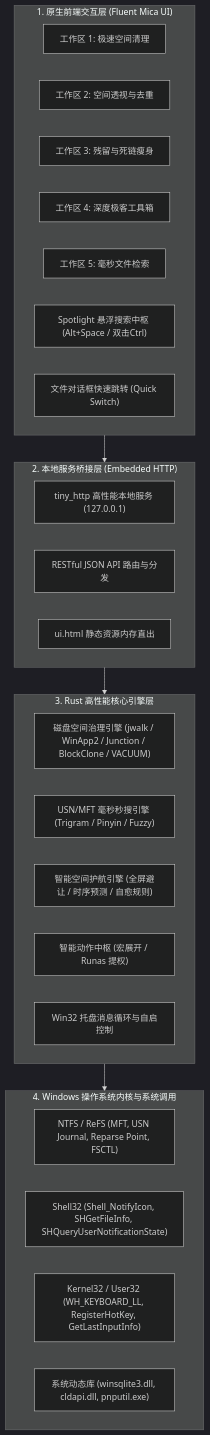
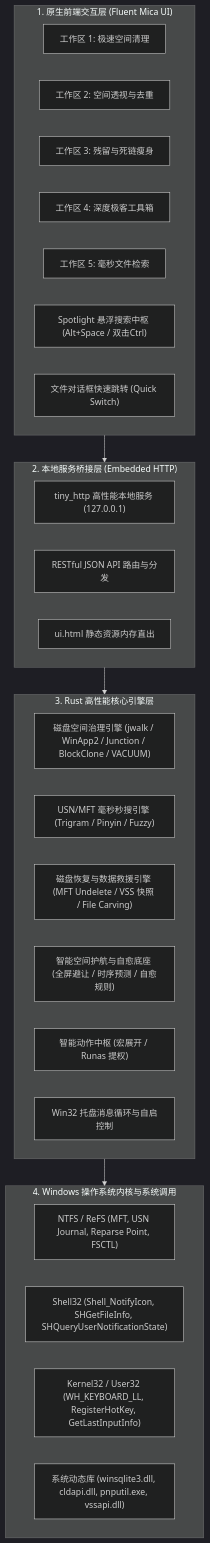
One commit to manhua-man/cleanflow-pro changed the diagram in docs/02-项目架构/ARCHITECTURE.md. Above: the diagram before and after it, drawn with Mermaid (dark theme). The commit also changed other lines of this file and 5 other files, not shown here.

Commit message:
docs(architecture): define Pillar 3 as Disk & Data Recovery Hub, reclassify Intelligent Guard as background daemon

````diff
--- a/docs/02-项目架构/ARCHITECTURE.md
+++ b/docs/02-项目架构/ARCHITECTURE.md
@@ -11,37 +11,38 @@
 ```mermaid
 graph TD
     subgraph UI_Layer["1. 原生前端交互层 (Fluent Mica UI)"]
         UI_Clean["工作区 1: 极速空间清理"]
         UI_Analyze["工作区 2: 空间透视与去重"]
         UI_Purge["工作区 3: 残留与死链瘦身"]
         UI_Tools["工作区 4: 深度极客工具箱"]
         UI_Search["工作区 5: 毫秒文件检索"]
         UI_Spotlight["Spotlight 悬浮搜索中枢 (Alt+Space / 双击Ctrl)"]
         UI_Dialog["文件对话框快速跳转 (Quick Switch)"]
     end
 
     subgraph Service_Bridge["2. 本地服务桥接层 (Embedded HTTP)"]
         HttpServer["tiny_http 高性能本地服务 (127.0.0.1)"]
         ApiRouter["RESTful JSON API 路由与分发"]
         StaticAsset["ui.html 静态资源内存直出"]
     end
 
     subgraph Core_Engines["3. Rust 高性能核心引擎层"]
         StorageEngine["磁盘空间治理引擎 (jwalk / WinApp2 / Junction / BlockClone / VACUUM)"]
         SearchEngine["USN/MFT 毫秒秒搜引擎 (Trigram / Pinyin / Fuzzy)"]
-        GuardEngine["智能空间护航引擎 (全屏避让 / 时序预测 / 自愈规则)"]
+        RecoveryEngine["磁盘恢复与数据救援引擎 (MFT Undelete / VSS 快照 / File Carving)"]
+        GuardEngine["智能空间护航与自愈底座 (全屏避让 / 时序预测 / 自愈规则)"]
         ActionEngine["智能动作中枢 (宏展开 / Runas 提权)"]
         TrayEngine["Win32 托盘消息循环与自启控制"]
     end
 
     subgraph Win32_Kernel["4. Windows 操作系统内核与系统调用"]
         NTFS_Driver["NTFS / ReFS (MFT, USN Journal, Reparse Point, FSCTL)"]
         Shell32["Shell32 (Shell_NotifyIcon, SHGetFileInfo, SHQueryUserNotificationState)"]
         Win32_Base["Kernel32 / User32 (WH_KEYBOARD_LL, RegisterHotKey, GetLastInputInfo)"]
-        System_DLLs["系统动态库 (winsqlite3.dll, cldapi.dll, pnputil.exe)"]
+        System_DLLs["系统动态库 (winsqlite3.dll, cldapi.dll, pnputil.exe, vssapi.dll)"]
     end
 
     UI_Layer --> Service_Bridge
     Service_Bridge --> Core_Engines
     Core_Engines --> Win32_Kernel
 ```
````
